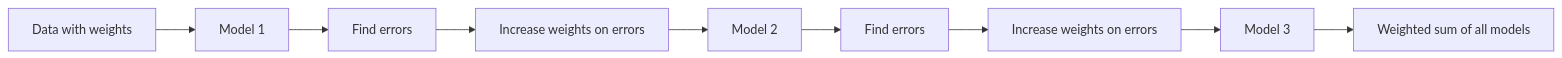
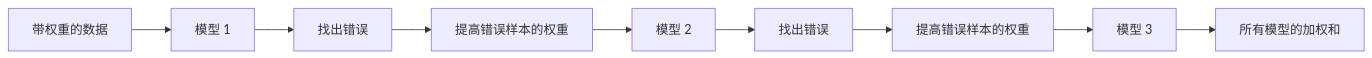
One commit to JerryC8080/ai-engineering-from-scratch-zh changed the second of 3 diagrams in phases/02-ml-fundamentals/11-ensemble-methods/docs/zh.md. Above: the diagram before and after it, drawn with Mermaid. The commit also changed other lines of this file and 156 other files, not shown here.

First line of the commit message:
i18n(zh): translate mermaid diagram labels in 157 lesson zh.md

````diff
--- a/phases/02-ml-fundamentals/11-ensemble-methods/docs/zh.md
+++ b/phases/02-ml-fundamentals/11-ensemble-methods/docs/zh.md
@@ -78,11 +78,11 @@
 ```mermaid
 flowchart LR
-    D[Data with weights] --> M1[Model 1]
-    M1 --> E1[Find errors]
-    E1 --> W1[Increase weights on errors]
-    W1 --> M2[Model 2]
-    M2 --> E2[Find errors]
-    E2 --> W2[Increase weights on errors]
-    W2 --> M3[Model 3]
-    M3 --> F[Weighted sum of all models]
+    D[带权重的数据] --> M1[模型 1]
+    M1 --> E1[找出错误]
+    E1 --> W1[提高错误样本的权重]
+    W1 --> M2[模型 2]
+    M2 --> E2[找出错误]
+    E2 --> W2[提高错误样本的权重]
+    W2 --> M3[模型 3]
+    M3 --> F[所有模型的加权和]
 ```
````
